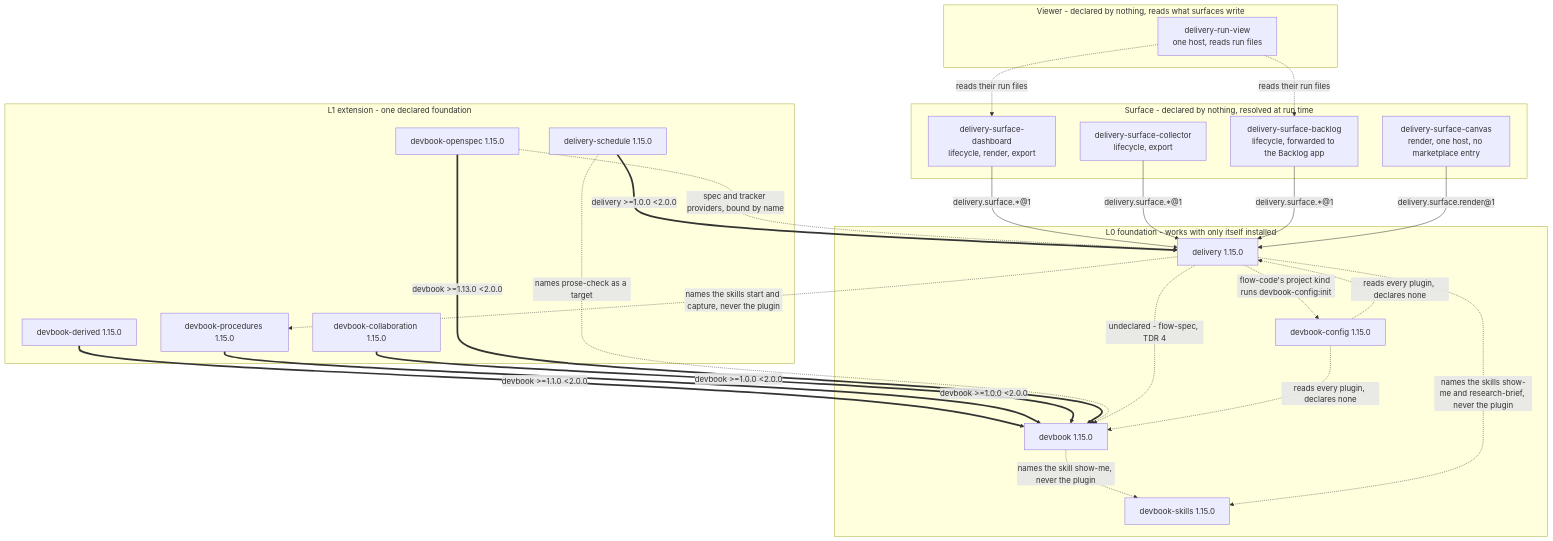
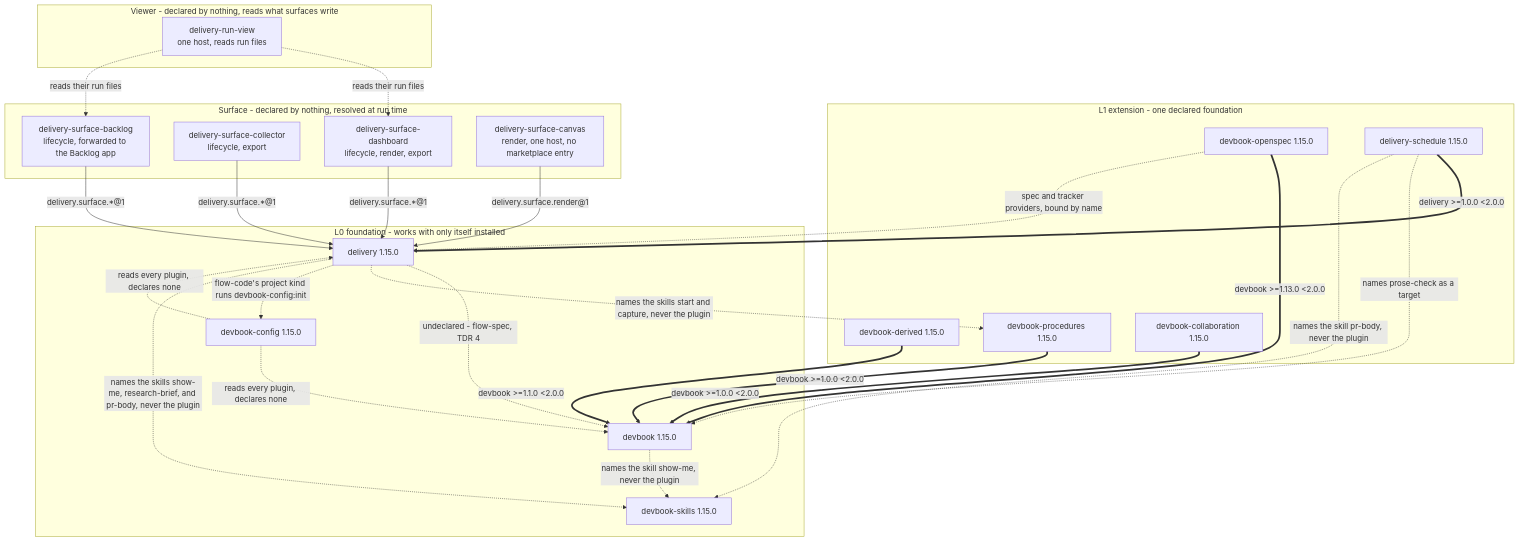
Before and after one commit to JSdotNet/ai-agent-stack: the first of 3 diagrams in .devbook/arc42/05-building-block-view.md, drawn with Mermaid. The commit also changed 15 other files, not shown here.

First line of the commit message:
devbook-skills: add pr-body, named by the PR phase and the sweeps

````diff
--- a/.devbook/arc42/05-building-block-view.md
+++ b/.devbook/arc42/05-building-block-view.md
@@ -29,51 +29,52 @@
 ```mermaid
 flowchart TB
     subgraph L0["L0 foundation - works with only itself installed"]
         DEV["devbook 1.15.0"]
         DEL["delivery 1.15.0"]
         CFG["devbook-config 1.15.0"]
         SKL["devbook-skills 1.15.0"]
     end
 
     subgraph L1["L1 extension - one declared foundation"]
         DBD["devbook-derived 1.15.0"]
         DPR["devbook-procedures 1.15.0"]
         DBC["devbook-collaboration 1.15.0"]
         DOS["devbook-openspec 1.15.0"]
         SCH["delivery-schedule 1.15.0"]
     end
 
     subgraph SURF["Surface - declared by nothing, resolved at run time"]
         SD["delivery-surface-dashboard<br/>lifecycle, render, export"]
         SL["delivery-surface-collector<br/>lifecycle, export"]
         SB["delivery-surface-backlog<br/>lifecycle, forwarded to the Backlog app"]
         SC["delivery-surface-canvas<br/>render, one host, no marketplace entry"]
     end
 
     subgraph VIEW["Viewer - declared by nothing, reads what surfaces write"]
         RV["delivery-run-view<br/>one host, reads run files"]
     end
 
     DBD ==>|"devbook >=1.1.0 &lt;2.0.0"| DEV
     DPR ==>|"devbook >=1.0.0 &lt;2.0.0"| DEV
     DBC ==>|"devbook >=1.0.0 &lt;2.0.0"| DEV
     DOS ==>|"devbook >=1.13.0 &lt;2.0.0"| DEV
     SCH ==>|"delivery >=1.0.0 &lt;2.0.0"| DEL
 
     SD -->|"delivery.surface.*@1"| DEL
     SL -->|"delivery.surface.*@1"| DEL
     SB -->|"delivery.surface.*@1"| DEL
     SC -->|"delivery.surface.render@1"| DEL
     RV -.->|"reads their run files"| SD
     RV -.->|"reads their run files"| SB
 
     SCH -.->|"names prose-check as a target"| DEV
     DEL -.->|"undeclared - flow-spec, TDR 4"| DEV
     DEL -.->|"names the skills start and capture, never the plugin"| DPR
     CFG -.->|"reads every plugin, declares none"| DEV
     CFG -.->|"reads every plugin, declares none"| DEL
     DEL -.->|"flow-code's project kind runs devbook-config:init"| CFG
     DOS -.->|"spec and tracker providers, bound by name"| DEL
     DEV -.->|"names the skill show-me, never the plugin"| SKL
-    DEL -.->|"names the skills show-me and research-brief, never the plugin"| SKL
+    DEL -.->|"names the skills show-me, research-brief, and pr-body, never the plugin"| SKL
+    SCH -.->|"names the skill pr-body, never the plugin"| SKL
 ```
````
